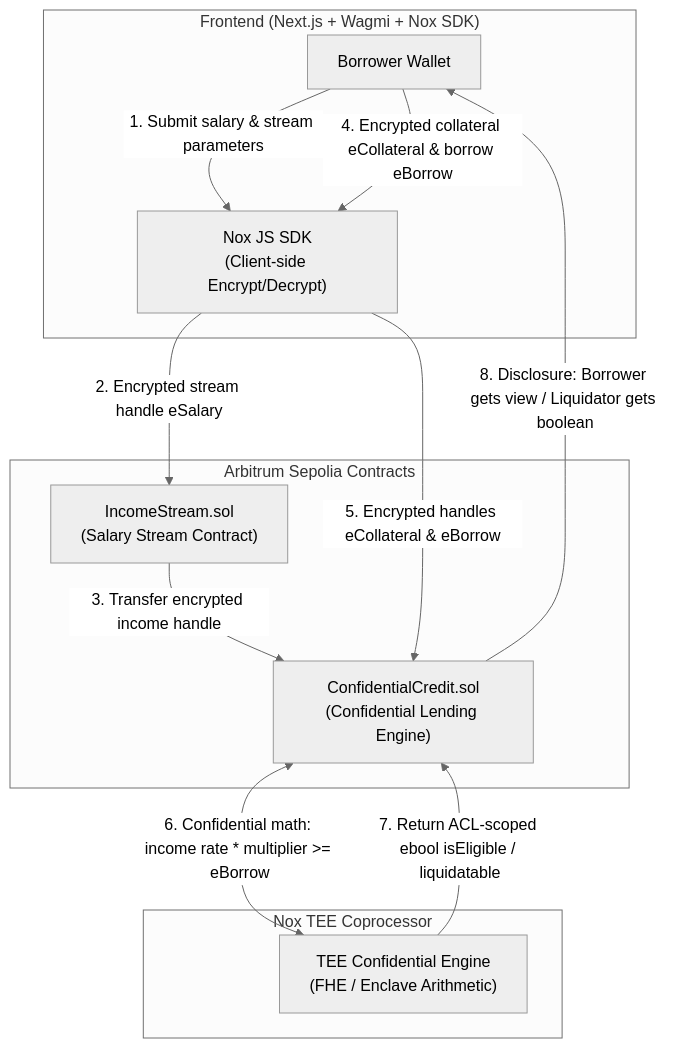
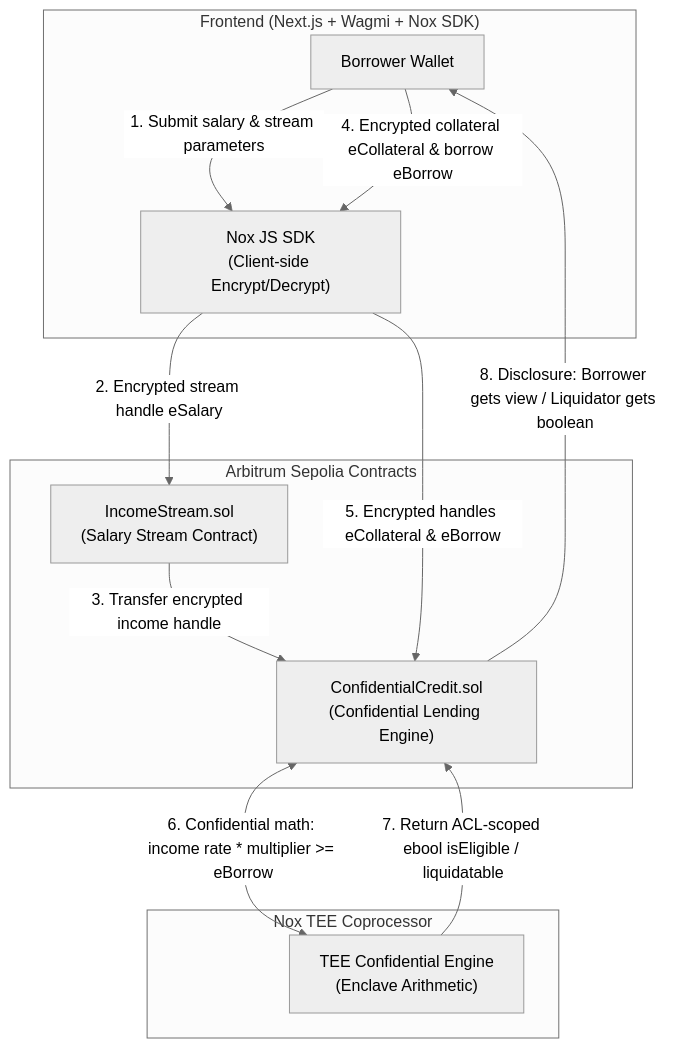
One commit to AGAkodi/SigNet changed the diagram in docs/architecture.md. Above: the diagram before and after it, drawn with Mermaid (neutral theme). The commit also changed 2 other files, not shown here.

Commit message:
docs: update deployments.md, scrub FHE references, and complete feedback.md

````diff
--- a/docs/architecture.md
+++ b/docs/architecture.md
@@ -12,25 +12,25 @@
 ```mermaid
 flowchart TD
     subgraph Frontend ["Frontend (Next.js + Wagmi + Nox SDK)"]
         User["Borrower Wallet"]
         SDK["Nox JS SDK\n(Client-side Encrypt/Decrypt)"]
     end
 
     subgraph OnChain ["Arbitrum Sepolia Contracts"]
         IS["IncomeStream.sol\n(Salary Stream Contract)"]
         CC["ConfidentialCredit.sol\n(Confidential Lending Engine)"]
     end
 
     subgraph NoxTEE ["Nox TEE Coprocessor"]
-        TEE["TEE Confidential Engine\n(FHE / Enclave Arithmetic)"]
+        TEE["TEE Confidential Engine\n(Enclave Arithmetic)"]
     end
 
     User -->|1. Submit salary & stream parameters| SDK
     SDK -->|2. Encrypted stream handle eSalary| IS
     IS -->|3. Transfer encrypted income handle| CC
     User -->|4. Encrypted collateral eCollateral & borrow eBorrow| SDK
     SDK -->|5. Encrypted handles eCollateral & eBorrow| CC
     CC <-->|6. Confidential math: income rate * multiplier >= eBorrow| TEE
     TEE -->|7. Return ACL-scoped ebool isEligible / liquidatable| CC
     CC -->|8. Disclosure: Borrower gets view / Liquidator gets boolean| User
 ```
````
